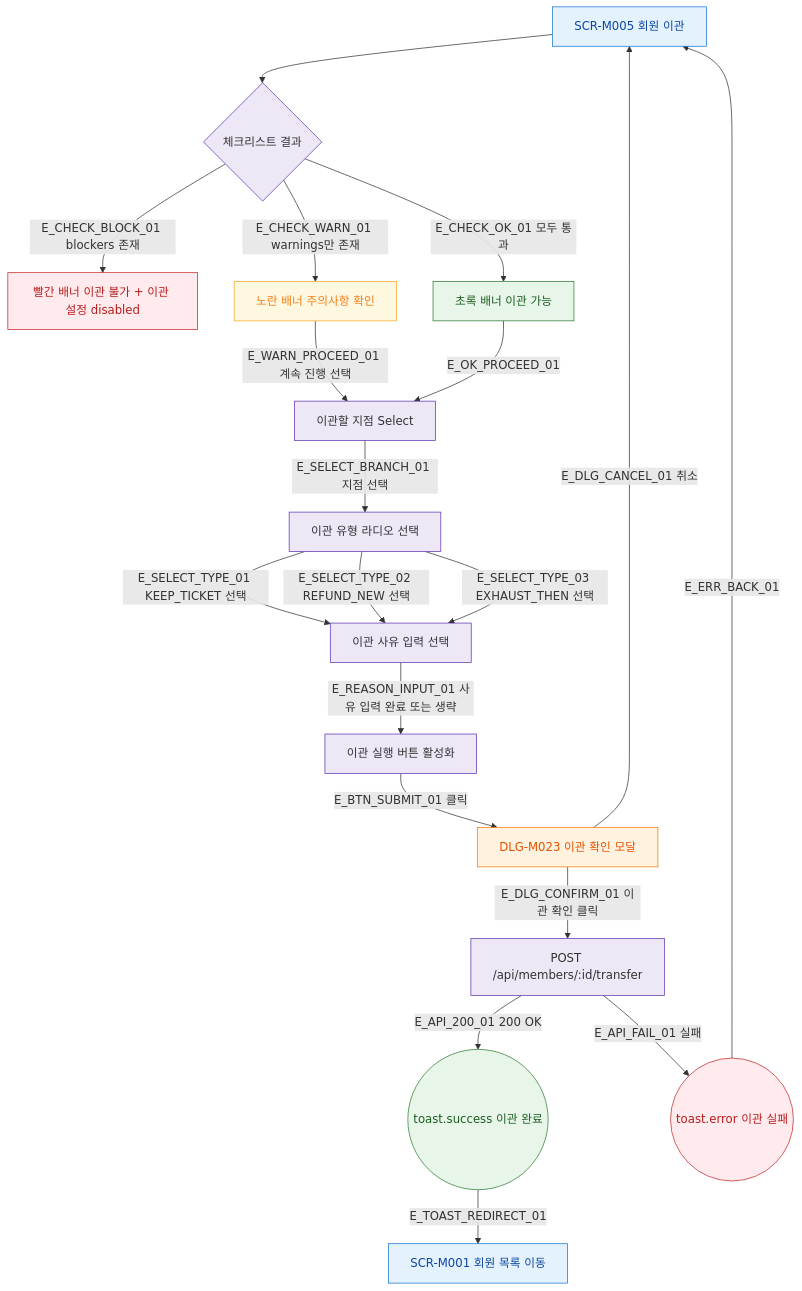
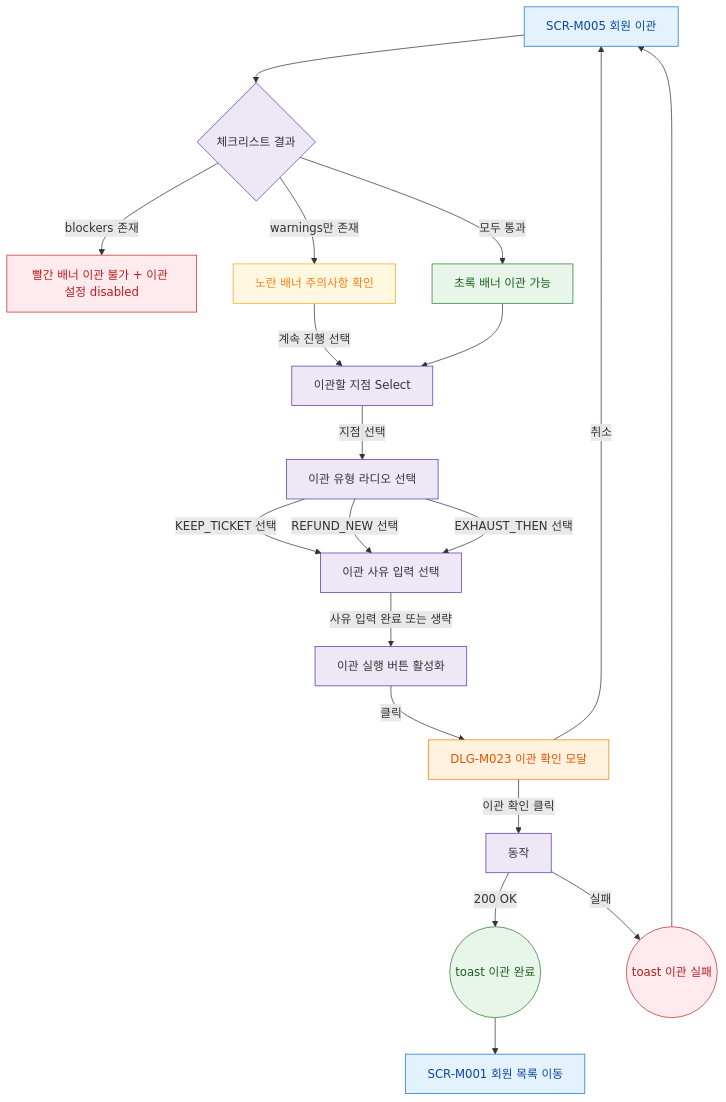
One commit to dev-spogym/admin-pando changed the diagram in docs/다이어그램/D02_회원관리/SCR-M005_회원이관/F2_메인인터랙션.md. Above: the diagram before and after it, drawn with Mermaid. The commit also changed other lines of this file and 1660 other files, not shown here.

First line of the commit message:
다이어그램: 기획자/클라이언트 납품본으로 정리

````diff
--- a/docs/다이어그램/D02_회원관리/SCR-M005_회원이관/F2_메인인터랙션.md
+++ b/docs/다이어그램/D02_회원관리/SCR-M005_회원이관/F2_메인인터랙션.md
@@ -23,45 +21,45 @@
 ```mermaid
 flowchart TD
   SCR_M005[SCR-M005 회원 이관]
 
   SCR_M005 --> CHECKLIST_RESULT{체크리스트 결과}
 
-  CHECKLIST_RESULT -->|E_CHECK_BLOCK_01 blockers 존재| BANNER_ERR[빨간 배너 이관 불가 + 이관 설정 disabled]
-  CHECKLIST_RESULT -->|E_CHECK_WARN_01 warnings만 존재| BANNER_WARN[노란 배너 주의사항 확인]
-  CHECKLIST_RESULT -->|E_CHECK_OK_01 모두 통과| BANNER_OK[초록 배너 이관 가능]
+  CHECKLIST_RESULT -->|blockers 존재|BANNER_ERR[빨간 배너 이관 불가 + 이관 설정 disabled]
+  CHECKLIST_RESULT -->|warnings만 존재|BANNER_WARN[노란 배너 주의사항 확인]
+  CHECKLIST_RESULT -->|모두 통과|BANNER_OK[초록 배너 이관 가능]
 
-  BANNER_WARN -->|E_WARN_PROCEED_01 계속 진행 선택| SELECT_BRANCH[이관할 지점 Select]
-  BANNER_OK   -->|E_OK_PROCEED_01| SELECT_BRANCH
+  BANNER_WARN -->|계속 진행 선택|SELECT_BRANCH[이관할 지점 Select]
+  BANNER_OK --> SELECT_BRANCH
 
-  SELECT_BRANCH -->|E_SELECT_BRANCH_01 지점 선택| SELECT_TYPE[이관 유형 라디오 선택]
-  SELECT_TYPE   -->|E_SELECT_TYPE_01 KEEP_TICKET 선택| REASON[이관 사유 입력 선택]
-  SELECT_TYPE   -->|E_SELECT_TYPE_02 REFUND_NEW 선택| REASON
-  SELECT_TYPE   -->|E_SELECT_TYPE_03 EXHAUST_THEN 선택| REASON
+  SELECT_BRANCH -->|지점 선택|SELECT_TYPE[이관 유형 라디오 선택]
+  SELECT_TYPE -->|KEEP_TICKET 선택|REASON[이관 사유 입력 선택]
+  SELECT_TYPE -->|REFUND_NEW 선택|REASON
+  SELECT_TYPE -->|EXHAUST_THEN 선택|REASON
 
-  REASON -->|E_REASON_INPUT_01 사유 입력 완료 또는 생략| BTN_SUBMIT[이관 실행 버튼 활성화]
+  REASON -->|사유 입력 완료 또는 생략|BTN_SUBMIT[이관 실행 버튼 활성화]
 
-  BTN_SUBMIT -->|E_BTN_SUBMIT_01 클릭| DLG_M023[DLG-M023 이관 확인 모달]
+  BTN_SUBMIT -->|클릭|DLG_M023[DLG-M023 이관 확인 모달]
 
-  DLG_M023 -->|E_DLG_CANCEL_01 취소| SCR_M005
-  DLG_M023 -->|E_DLG_CONFIRM_01 이관 확인 클릭| API_TRANSFER[POST /api/members/:id/transfer]
+  DLG_M023 -->|취소|SCR_M005
+  DLG_M023 -->|이관 확인 클릭|API_TRANSFER[동작]
 
-  API_TRANSFER -->|E_API_200_01 200 OK| TOAST_OK((toast.success 이관 완료))
-  TOAST_OK -->|E_TOAST_REDIRECT_01| SCR_M001[SCR-M001 회원 목록 이동]
+  API_TRANSFER -->|200 OK|TOAST_OK((toast 이관 완료))
+  TOAST_OK --> SCR_M001[SCR-M001 회원 목록 이동]
 
-  API_TRANSFER -->|E_API_FAIL_01 실패| TOAST_ERR((toast.error 이관 실패))
-  TOAST_ERR -->|E_ERR_BACK_01| SCR_M005
+  API_TRANSFER -->|실패|TOAST_ERR((toast 이관 실패))
+  TOAST_ERR --> SCR_M005
 
-  classDef screen      fill:#E3F2FD,stroke:#1976D2,color:#0D47A1
-  classDef modal       fill:#FFF3E0,stroke:#F57C00,color:#E65100
-  classDef error       fill:#FFEBEE,stroke:#C62828,color:#B71C1C
-  classDef success     fill:#E8F5E9,stroke:#2E7D32,color:#1B5E20
-  classDef warning     fill:#FFF8E1,stroke:#F9A825,color:#F57F17
-  classDef system      fill:#EDE7F6,stroke:#5E35B2
+  classDef screen fill:#E3F2FD,stroke:#1976D2,color:#0D47A1
+  classDef modal fill:#FFF3E0,stroke:#F57C00,color:#E65100
+  classDef error fill:#FFEBEE,stroke:#C62828,color:#B71C1C
+  classDef success fill:#E8F5E9,stroke:#2E7D32,color:#1B5E20
+  classDef warning fill:#FFF8E1,stroke:#F9A825,color:#F57F17
+  classDef system fill:#EDE7F6,stroke:#5E35B2
 
   class SCR_M005,SCR_M001 screen
   class DLG_M023 modal
   class BANNER_ERR,TOAST_ERR error
   class TOAST_OK,BANNER_OK success
   class BANNER_WARN warning
   class CHECKLIST_RESULT,SELECT_BRANCH,SELECT_TYPE,REASON,BTN_SUBMIT,API_TRANSFER system
 ```
````
